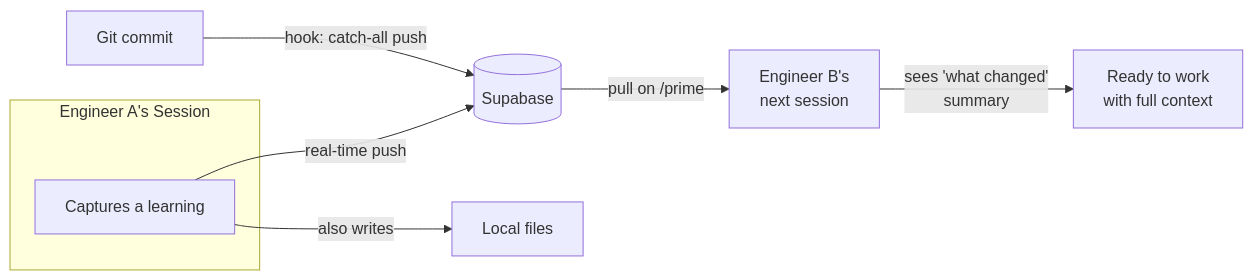
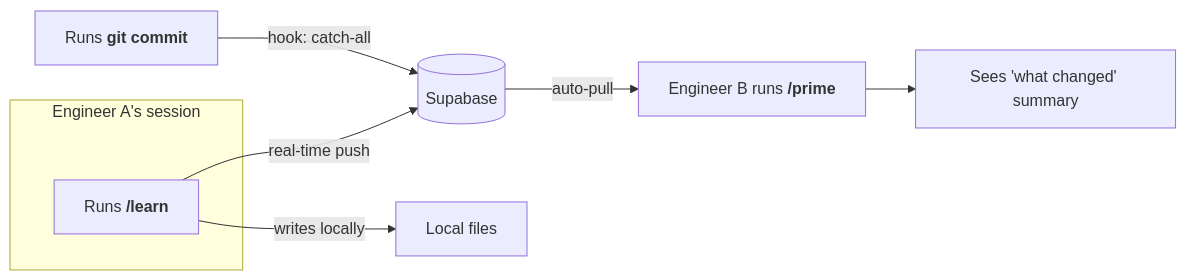
Before and after one commit to araserel/sigil-os: the third of 4 diagrams in prism-plugin/docs/multi-team-workflow.md, drawn with Mermaid. The commit also changed other lines of this file and 1 other file, not shown here.

First line of the commit message:
docs: Fix diagram rendering and update product person workflow

````diff
--- a/prism-plugin/docs/multi-team-workflow.md
+++ b/prism-plugin/docs/multi-team-workflow.md
@@ -113,15 +122,15 @@
 ```mermaid
 flowchart LR
-    subgraph Engineer_A["Engineer A's Session"]
-        CAPTURE["Captures a learning"]
+    subgraph SessionA["Engineer A's session"]
+        CAPTURE["`Runs **/learn**`"]
     end
 
     CAPTURE -->|"real-time push"| DB3[("Supabase")]
-    CAPTURE -->|"also writes"| LOCAL["Local files"]
+    CAPTURE -->|"writes locally"| LOCAL["Local files"]
 
-    COMMIT["Git commit"] -->|"hook: catch-all push"| DB3
+    COMMIT["`Runs **git commit**`"] -->|"hook: catch-all"| DB3
 
-    DB3 -->|"pull on /prime"| Engineer_B["Engineer B's\nnext session"]
+    DB3 -->|"auto-pull"| SessionB["`Engineer B runs **/prime**`"]
 
-    Engineer_B -->|"sees 'what changed'\nsummary"| READY["Ready to work\nwith full context"]
+    SessionB --> READY["Sees 'what changed' summary"]
 ```
````
